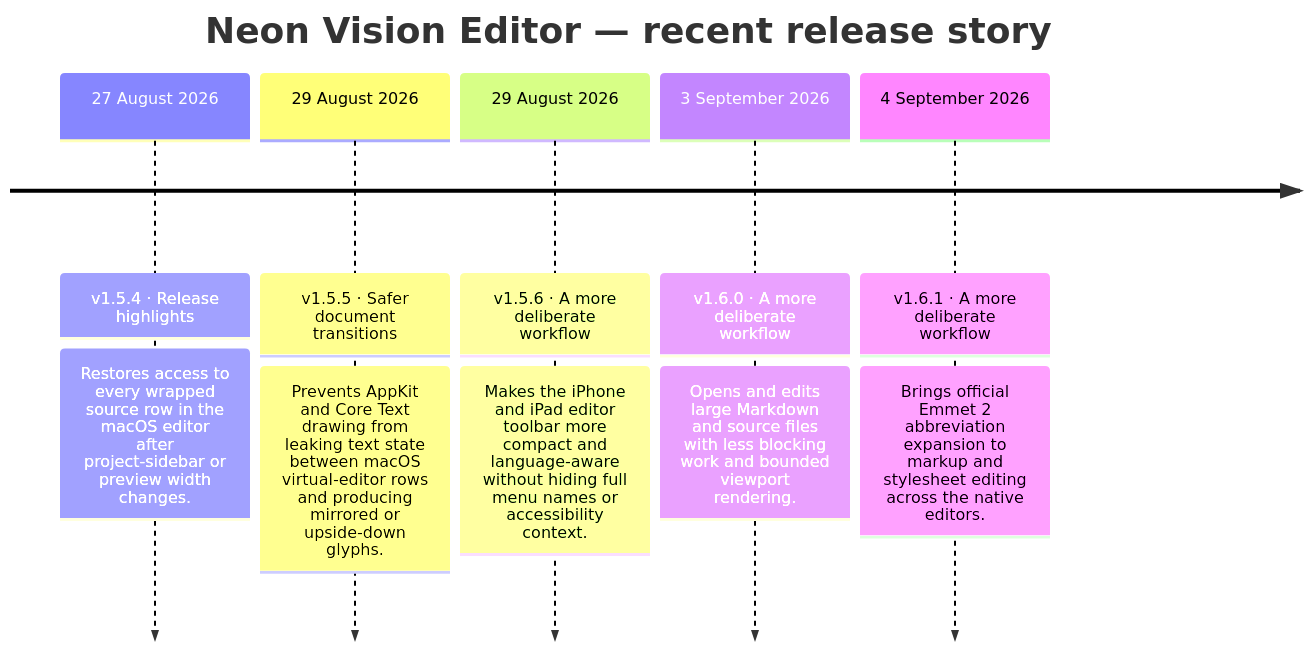
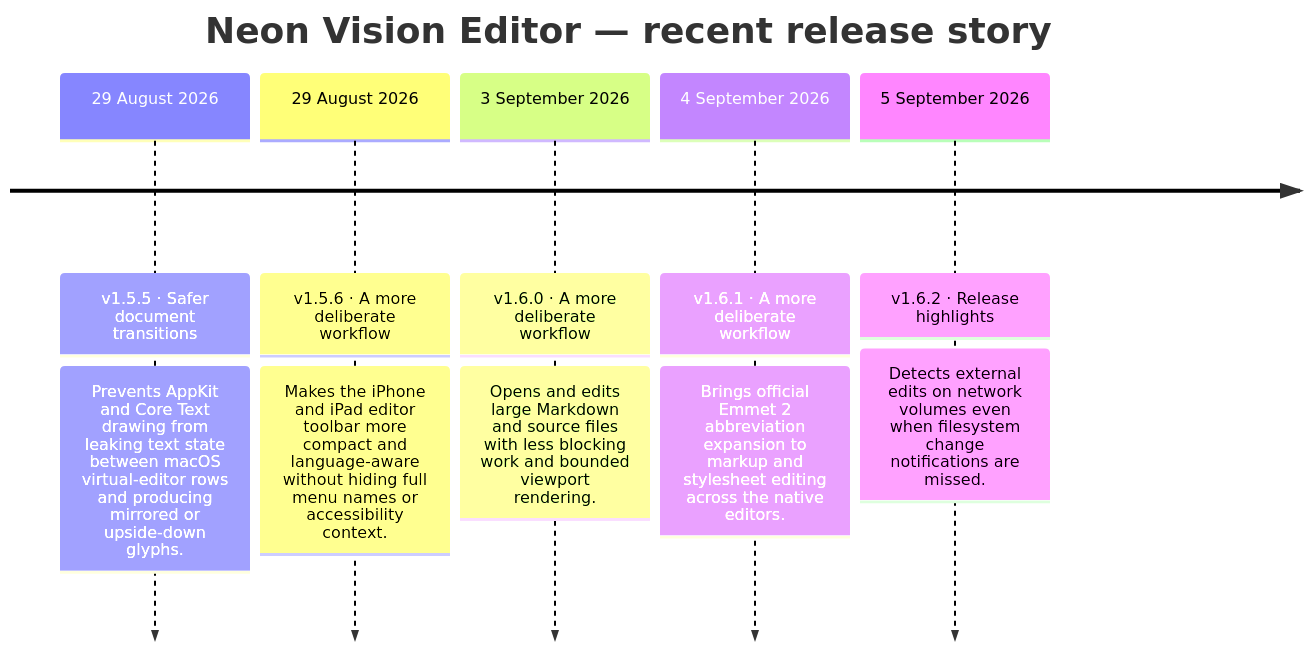
The second of 2 diagrams in README.md (h3pdesign/Neon-Vision-Editor), drawn with Mermaid before and after one commit. The commit also changed other lines of this file and 9 other files, not shown here.

````diff
--- a/README.md
+++ b/README.md
@@ -812,14 +811,14 @@
 ```mermaid
 timeline
     title Neon Vision Editor — recent release story
-    27 August 2026 : v1.5.4 · Release highlights
-                : Restores access to every wrapped source row in the macOS editor after project-sidebar or preview width changes.
     29 August 2026 : v1.5.5 · Safer document transitions
                 : Prevents AppKit and Core Text drawing from leaking text state between macOS virtual-editor rows and producing mirrored or upside-down glyphs.
     29 August 2026 : v1.5.6 · A more deliberate workflow
                 : Makes the iPhone and iPad editor toolbar more compact and language-aware without hiding full menu names or accessibility context.
     3 September 2026 : v1.6.0 · A more deliberate workflow
                 : Opens and edits large Markdown and source files with less blocking work and bounded viewport rendering.
     4 September 2026 : v1.6.1 · A more deliberate workflow
                 : Brings official Emmet 2 abbreviation expansion to markup and stylesheet editing across the native editors.
+    5 September 2026 : v1.6.2 · Release highlights
+                : Detects external edits on network volumes even when filesystem change notifications are missed.
 ```
````
